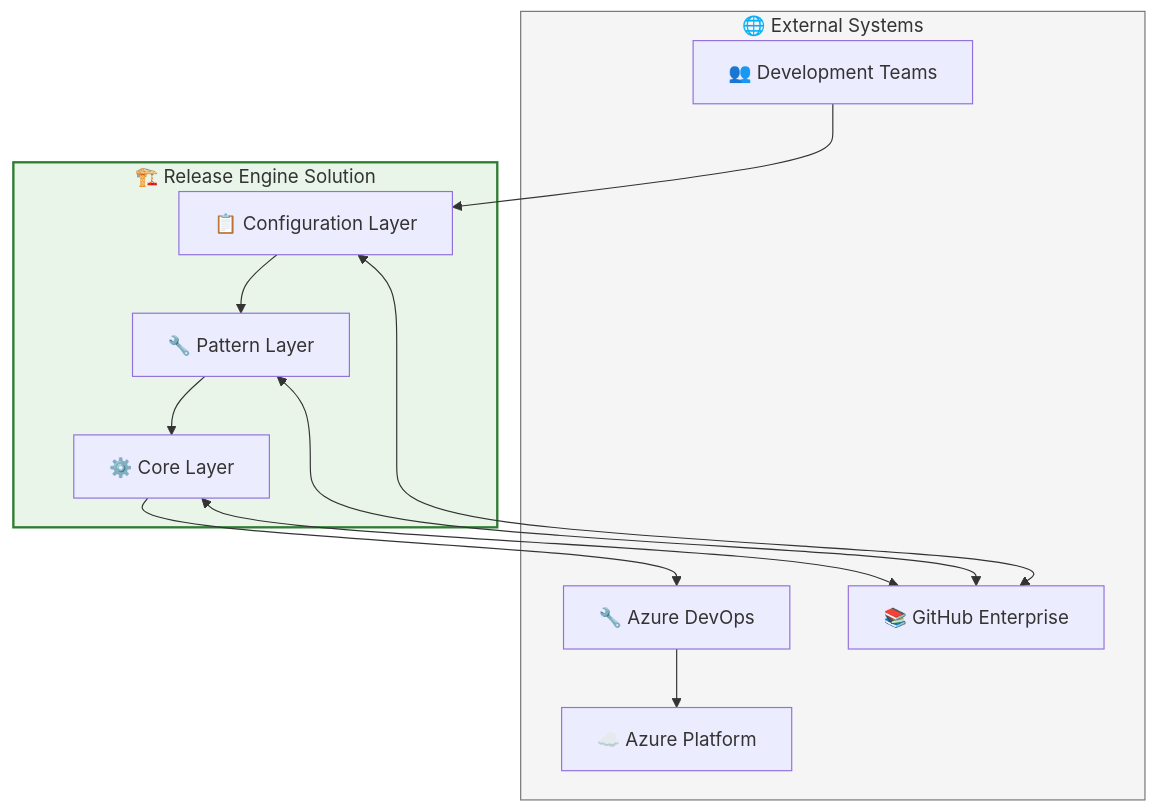
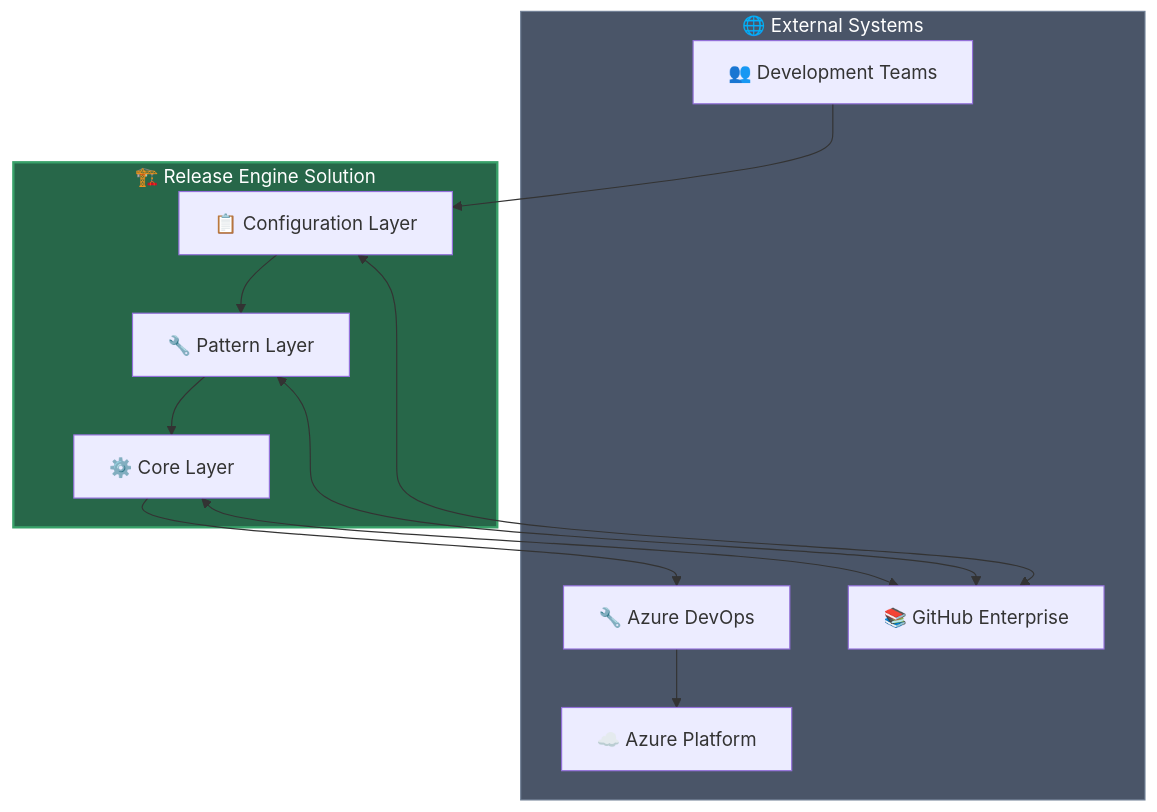
One commit to thecloudexplorers/release-engine changed the first of 5 diagrams in docs/Release-Engine-Architecture-Design.md. Above: the diagram before and after it, drawn with Mermaid. The commit also changed other lines of this file, not shown here.

Commit message:
architecture design - tce

````diff
--- a/docs/Release-Engine-Architecture-Design.md
+++ b/docs/Release-Engine-Architecture-Design.md
@@ -150,28 +150,28 @@
 ```mermaid
 graph TB
     subgraph External["🌐 External Systems"]
         DevTeam["👥 Development Teams"]
         AzureDevOps["🔧 Azure DevOps"]
         Azure["☁️ Azure Platform"]
         GitHub["📚 GitHub Enterprise"]
     end
     
     subgraph ReleaseEngine["🏗️ Release Engine Solution"]
         Config["📋 Configuration Layer"]
         Pattern["🔧 Pattern Layer"] 
         Core["⚙️ Core Layer"]
     end
     
     DevTeam --> Config
     Config --> Pattern
     Pattern --> Core
     Core --> AzureDevOps
     AzureDevOps --> Azure
     
     Config <--> GitHub
     Pattern <--> GitHub
     Core <--> GitHub
     
-    style ReleaseEngine fill:#e8f5e8,stroke:#2e7d32,stroke-width:2px
-    style External fill:#f5f5f5,stroke:#757575,stroke-width:1px
+    style ReleaseEngine fill:#276749,stroke:#38a169,stroke-width:2px,color:#ffffff
+    style External fill:#4a5568,stroke:#718096,stroke-width:1px,color:#ffffff
 ```
````
